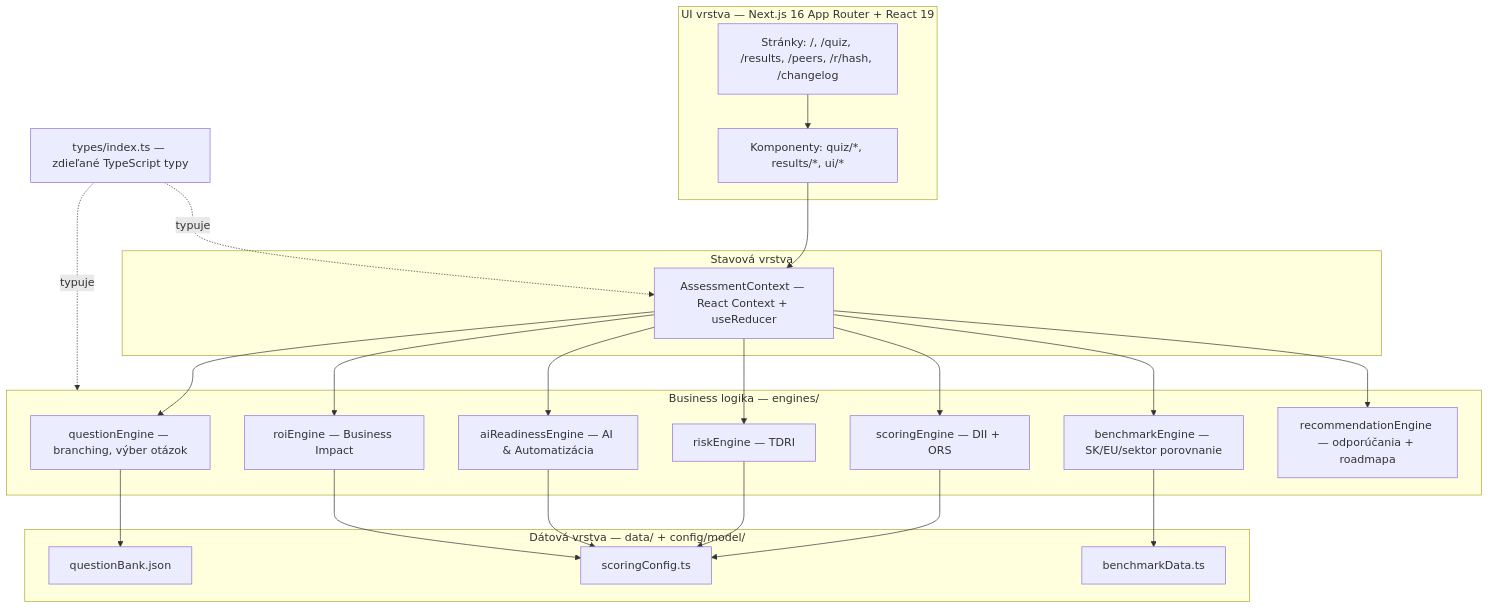
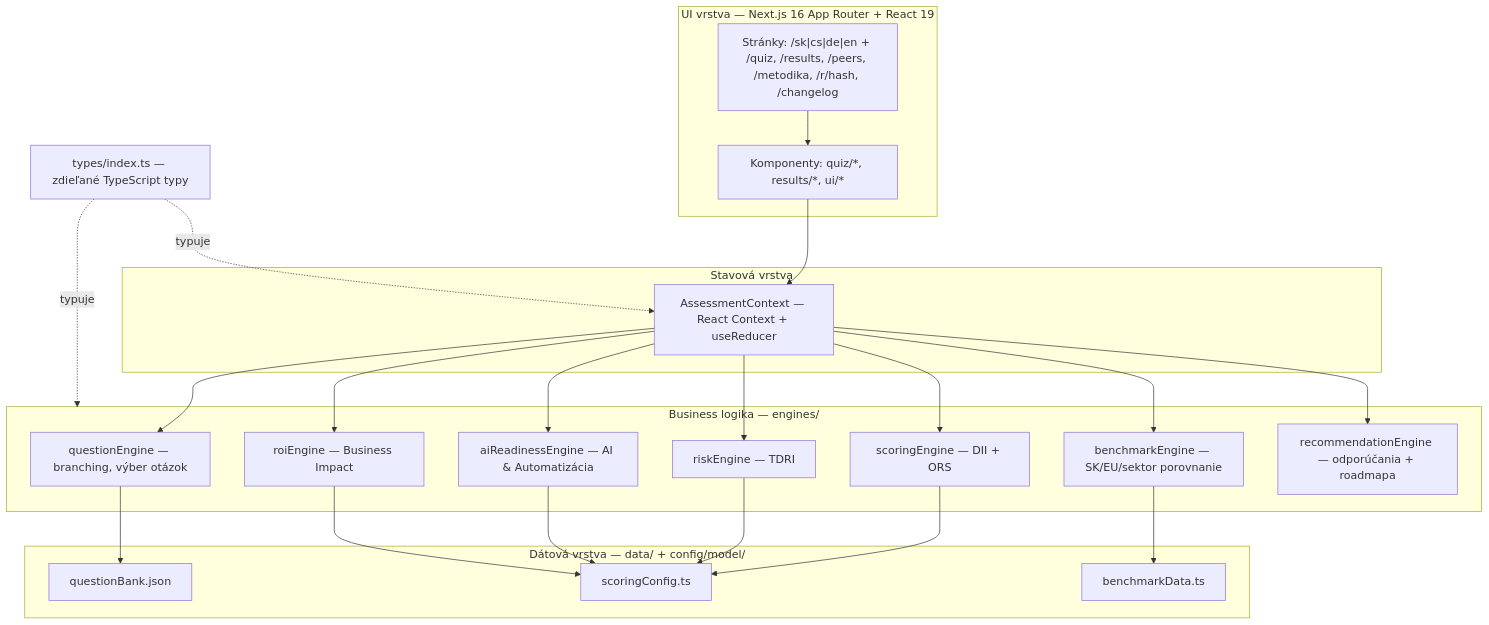
The first of 3 diagrams in README.md (PRAESTAR/Digitalizuj-to), drawn with Mermaid before and after one commit. The commit also changed other lines of this file, not shown here.

````diff
--- a/README.md
+++ b/README.md
@@ -77,46 +77,46 @@
 ```mermaid
 flowchart TD
     subgraph UI["UI vrstva — Next.js 16 App Router + React 19"]
-        Pages["Stránky: /, /quiz, /results, /peers, /r/hash, /changelog"]
+        Pages["Stránky: /sk|cs|de|en + /quiz, /results, /peers, /metodika, /r/hash, /changelog"]
         Comp["Komponenty: quiz/*, results/*, ui/*"]
     end
 
     subgraph State["Stavová vrstva"]
         Ctx["AssessmentContext — React Context + useReducer"]
     end
 
     subgraph Engines["Business logika — engines/"]
         QE["questionEngine — branching, výber otázok"]
         SE["scoringEngine — DII + ORS"]
         RE["riskEngine — TDRI"]
         AE["aiReadinessEngine — AI & Automatizácia"]
         ROE["roiEngine — Business Impact"]
         BE["benchmarkEngine — SK/EU/sektor porovnanie"]
         REC["recommendationEngine — odporúčania + roadmapa"]
     end
 
     subgraph Data["Dátová vrstva — data/ + config/model/"]
         QB["questionBank.json"]
         SC["scoringConfig.ts"]
         BD["benchmarkData.ts"]
     end
 
     Types["types/index.ts — zdieľané TypeScript typy"]
 
     Pages --> Comp --> Ctx
     Ctx --> QE
     Ctx --> SE
     Ctx --> RE
     Ctx --> AE
     Ctx --> ROE
     Ctx --> BE
     Ctx --> REC
     QE --> QB
     SE --> SC
     RE --> SC
     AE --> SC
     ROE --> SC
     BE --> BD
     Types -.typuje.-> Ctx
     Types -.typuje.-> Engines
 ```
````
